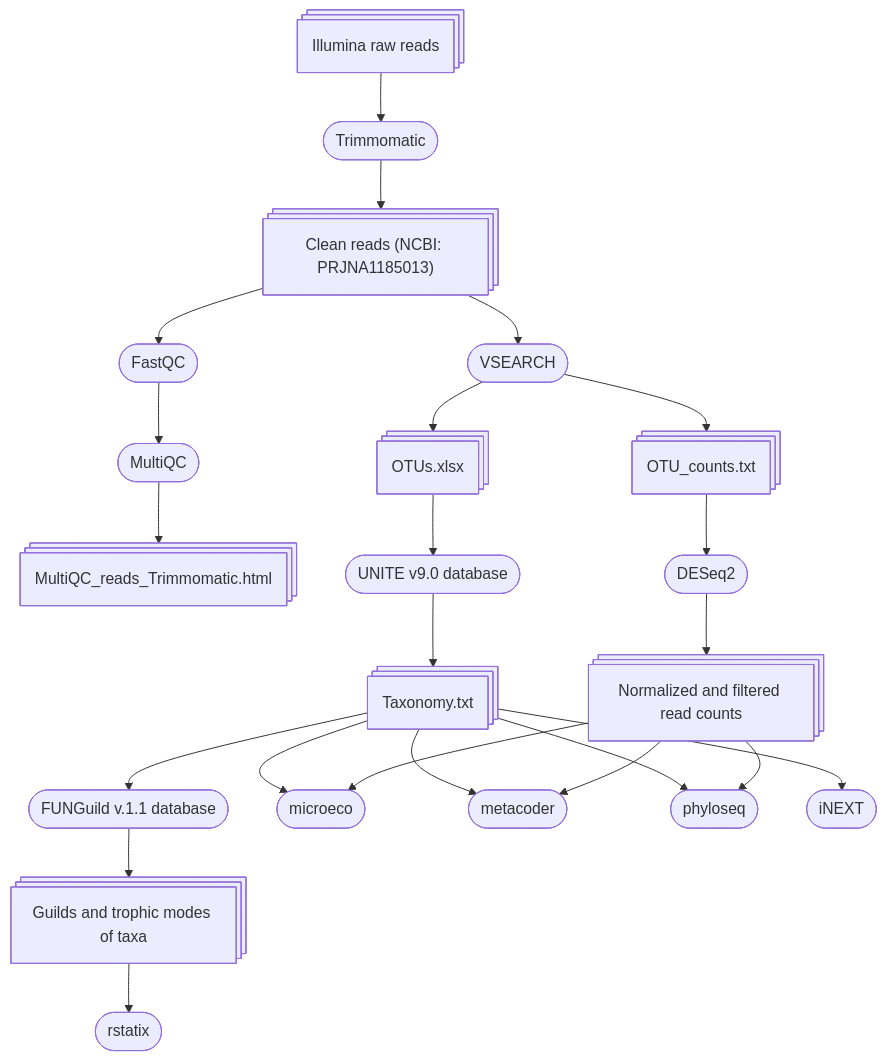
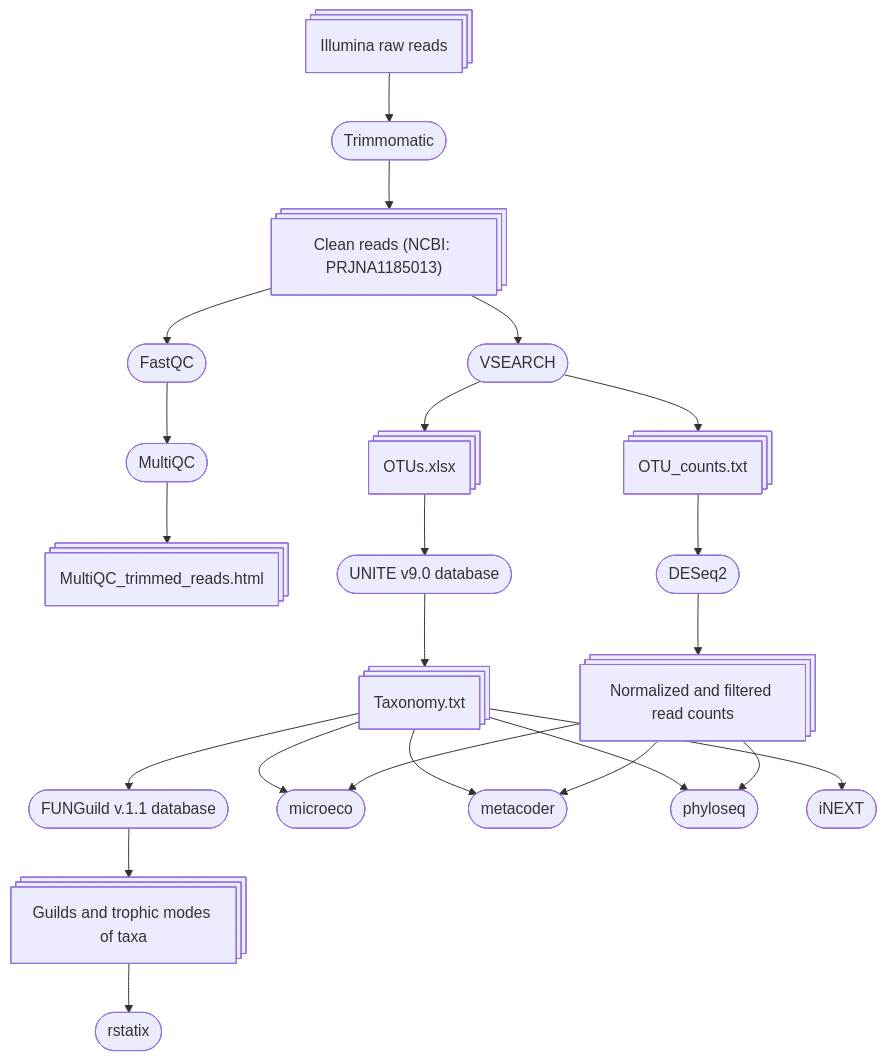
The diagram in README.md (kuprinak/lithuania-metabar), drawn with Mermaid before and after one commit.

````diff
--- a/README.md
+++ b/README.md
@@ -36,26 +36,26 @@
 ```mermaid
 flowchart TB
     A@{shape: procs, label: "Illumina raw reads"} --> B([Trimmomatic]);
     B --> C@{shape: procs, label: "Clean reads (NCBI: PRJNA1185013)"};
     C --> Fa([FastQC]);
     Fa --> Mu([MultiQC]);
-    Mu --> Mur@{shape: procs, label: "MultiQC_reads_Trimmomatic.html"}; 
+    Mu --> Mur@{shape: procs, label: "MultiQC_trimmed_reads.html"}; 
     C --> V([VSEARCH]);
     V --> OTU@{shape: procs, label: "OTUs.xlsx"};
     V --> CV@{shape: procs, label: "OTU_counts.txt"};
     OTU --> T([UNITE v9.0 database]);
     T --> Ta@{shape: procs, label: "Taxonomy.txt"};
     Ta --> F([FUNGuild v.1.1 database]);
     F --> Gu@{shape: procs, label: "Guilds and trophic modes of taxa"};
     Gu --> rs([rstatix])
     CV --> D([DESeq2]);
     D --> N@{shape: procs, label: "Normalized and filtered read counts"};
     Ta --> Mi;
     Ta --> Me
     Ta --> Ph
     N --> Ph([phyloseq])
      N --> Mi([microeco])
     N --> Me([metacoder])
     Ta --> iN([iNEXT]);
 
 ```
````
